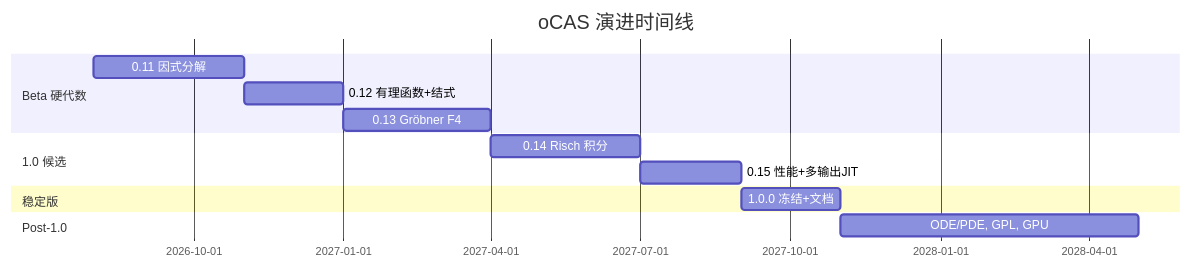
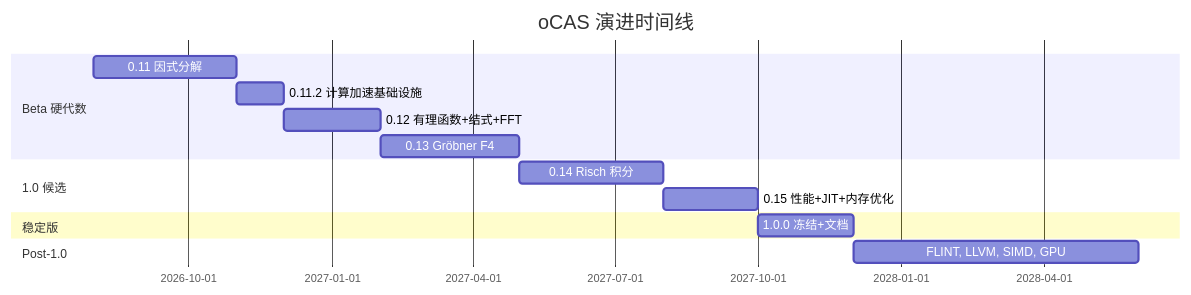
One commit to Charleshzh/oCAS changed the diagram in docs/planning/EVOLUTION_PLAN_CN.md. Above: the diagram before and after it, drawn with Mermaid. The commit also changed other lines of this file and 1 other file, not shown here.

````diff
--- a/docs/planning/EVOLUTION_PLAN_CN.md
+++ b/docs/planning/EVOLUTION_PLAN_CN.md
@@ -27,16 +27,17 @@
 ```mermaid
 gantt
     title oCAS 演进时间线
     dateFormat YYYY-MM
     section Beta 硬代数
     0.11 因式分解            :b11, 2026-08, 3M
-    0.12 有理函数+结式       :b12, after b11, 2M
+    0.11.2 计算加速基础设施   :b112, after b11, 1M
+    0.12 有理函数+结式+FFT   :b12, after b112, 2M
     0.13 Gröbner F4          :b13, after b12, 3M
     section 1.0 候选
     0.14 Risch 积分          :r14, after b13, 3M
-    0.15 性能+多输出JIT       :r15, after r14, 2M
+    0.15 性能+JIT+内存优化    :r15, after r14, 2M
     section 稳定版
     1.0.0 冻结+文档          :s10, after r15, 2M
     section Post-1.0
-    ODE/PDE, GPL, GPU        :p1, after s10, 6M
+    FLINT, LLVM, SIMD, GPU   :p1, after s10, 6M
 ```
````
